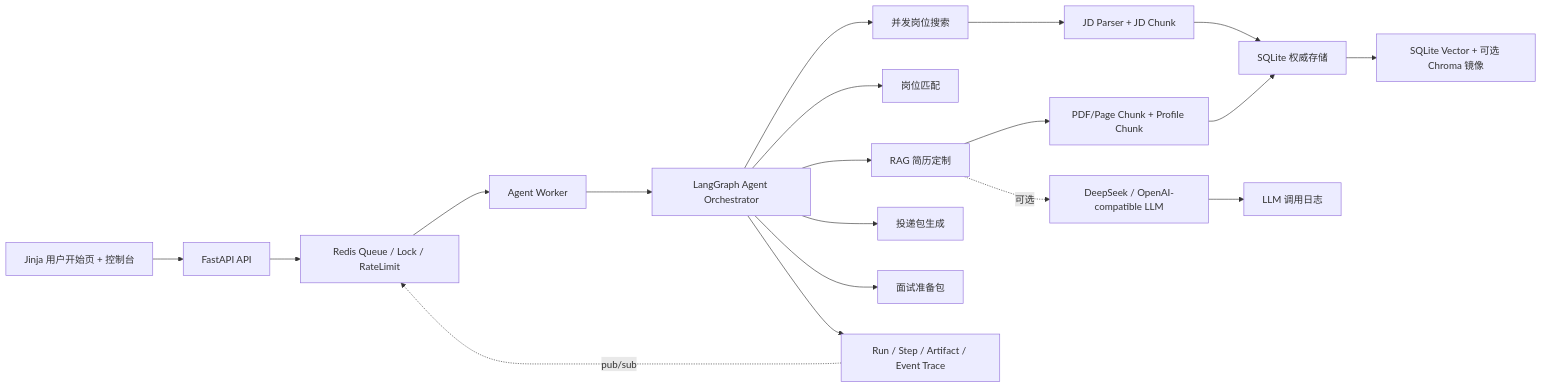
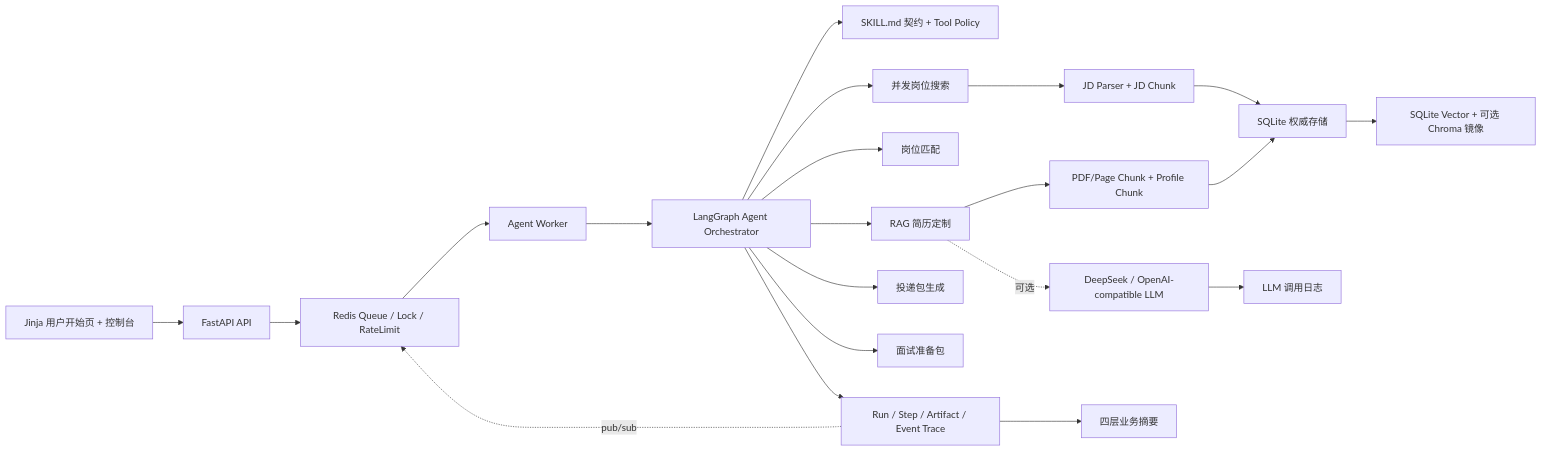
Before and after one commit to Yonhen233/CareerAgent: the diagram in README.md, drawn with Mermaid. The commit also changed other lines of this file and 31 other files, not shown here.

````diff
--- a/README.md
+++ b/README.md
@@ -91,21 +141,23 @@
 ```mermaid
 flowchart LR
     UI["Jinja 用户开始页 + 控制台"] --> API["FastAPI API"]
     API --> Redis["Redis Queue / Lock / RateLimit"]
     Redis --> Worker["Agent Worker"]
     Worker --> Agent["LangGraph Agent Orchestrator"]
+    Agent --> Skill["SKILL.md 契约 + Tool Policy"]
     Agent --> Search["并发岗位搜索"]
     Agent --> Match["岗位匹配"]
     Agent --> Tailor["RAG 简历定制"]
     Agent --> Apply["投递包生成"]
     Agent --> Interview["面试准备包"]
     Search --> JD["JD Parser + JD Chunk"]
     Tailor --> Resume["PDF/Page Chunk + Profile Chunk"]
     JD --> SQLite["SQLite 权威存储"]
     Resume --> SQLite
     SQLite --> Vector["SQLite Vector + 可选 Chroma 镜像"]
     Tailor -.可选.-> LLM["DeepSeek / OpenAI-compatible LLM"]
     LLM --> Debug["LLM 调用日志"]
     Agent --> Trace["Run / Step / Artifact / Event Trace"]
+    Trace --> Summary["四层业务摘要"]
     Trace -.pub/sub.-> Redis
 ```
````
